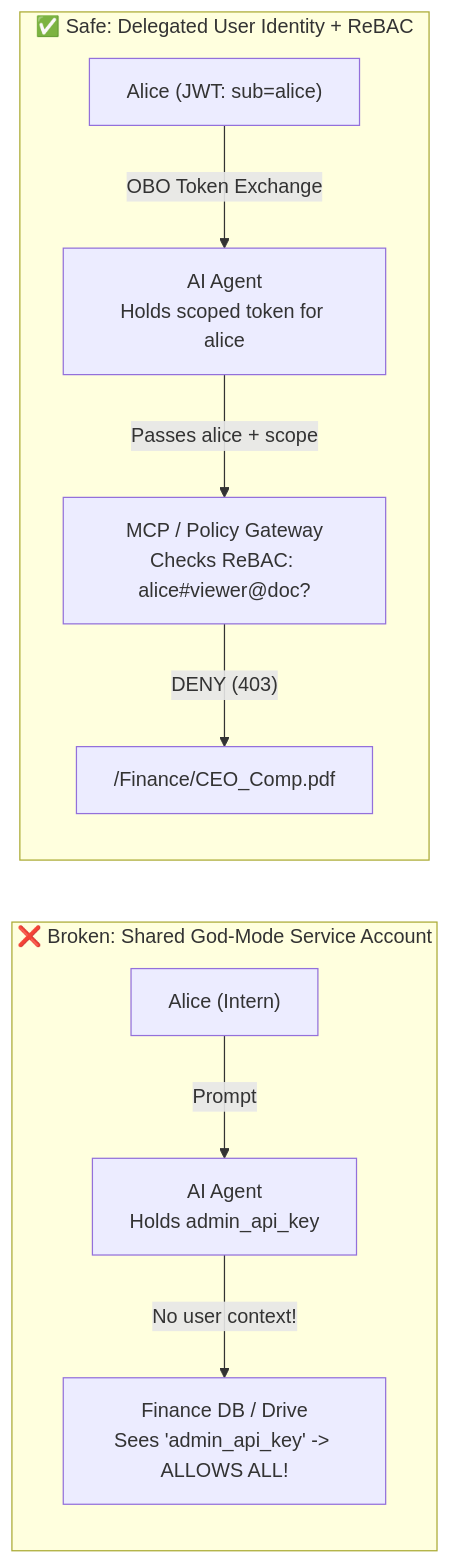
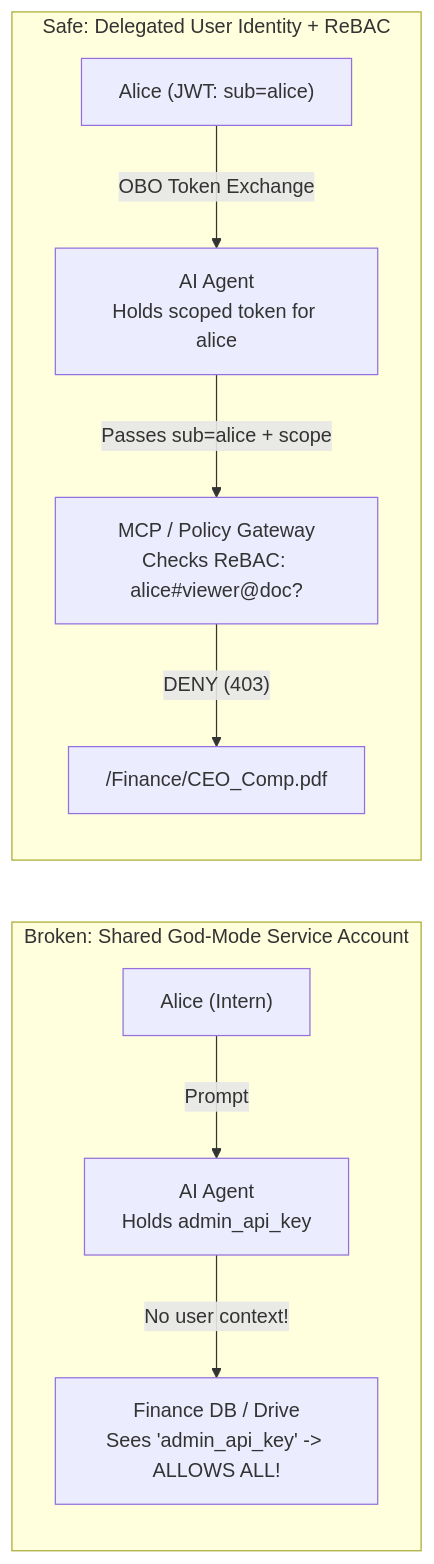
The first of 2 diagrams in Lecture 45 - Enterprise Identity OIDC SCIM and ReBAC/notes/01_Why_Shared_Service_Accounts_Break_Agent_Security.md (Amie-dev/FDE-and-GenAI-Mastery), drawn with Mermaid before and after one commit. The commit also changed other lines of this file and 92 other files, not shown here.

````diff
--- a/Lecture 45 - Enterprise Identity OIDC SCIM and ReBAC/notes/01_Why_Shared_Service_Accounts_Break_Agent_Security.md
+++ b/Lecture 45 - Enterprise Identity OIDC SCIM and ReBAC/notes/01_Why_Shared_Service_Accounts_Break_Agent_Security.md
@@ -26,13 +32,13 @@
 ```mermaid
 flowchart LR
-    subgraph Broken["❌ Broken: Shared God-Mode Service Account"]
+    subgraph Broken["Broken: Shared God-Mode Service Account"]
         A1["Alice (Intern)"] -->|"Prompt"| AG1["AI Agent<br/>Holds admin_api_key"]
         AG1 -->|"No user context!"| DB1["Finance DB / Drive<br/>Sees 'admin_api_key' -> ALLOWS ALL!"]
     end
 
-    subgraph Safe["✅ Safe: Delegated User Identity + ReBAC"]
+    subgraph Safe["Safe: Delegated User Identity + ReBAC"]
         A2["Alice (JWT: sub=alice)"] -->|"OBO Token Exchange"| AG2["AI Agent<br/>Holds scoped token for alice"]
-        AG2 -->|"Passes alice + scope"| GW["MCP / Policy Gateway<br/>Checks ReBAC: alice#viewer@doc?"]
+        AG2 -->|"Passes sub=alice + scope"| GW["MCP / Policy Gateway<br/>Checks ReBAC: alice#viewer@doc?"]
         GW -->|"DENY (403)"| DB2["/Finance/CEO_Comp.pdf"]
     end
 ```
````
